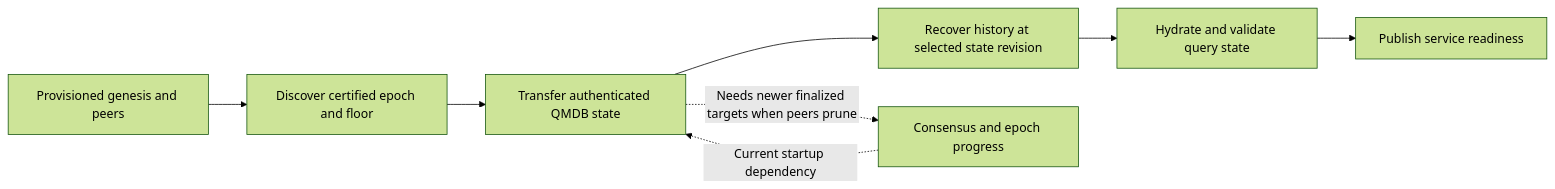
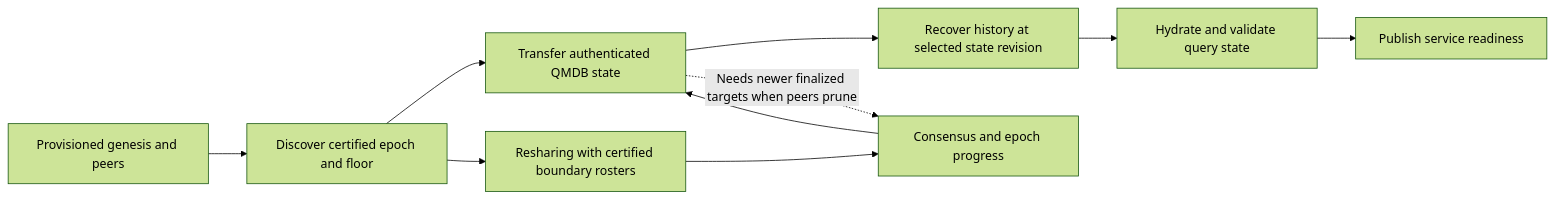
One commit to sourcenetwork/hub.rs changed the sixth of 6 diagrams in docs/architecture.md. Above: the diagram before and after it, drawn with Mermaid (forest theme). The commit also changed other lines of this file and 8 other files, not shown here.

````diff
--- a/docs/architecture.md
+++ b/docs/architecture.md
@@ -189,10 +189,12 @@
 ```mermaid
 flowchart LR
     Trust[Provisioned genesis and peers] --> Probe[Discover certified epoch and floor]
     Probe --> Transfer[Transfer authenticated QMDB state]
     Transfer --> History[Recover history at selected state revision]
     History --> Hydrate[Hydrate and validate query state]
     Hydrate --> Ready[Publish service readiness]
     Transfer -. Needs newer finalized targets when peers prune .-> Progress[Consensus and epoch progress]
-    Progress -. Current startup dependency .-> Transfer
+    Probe --> Reshare[Resharing with certified boundary rosters]
+    Reshare --> Progress
+    Progress --> Transfer
 ```
````
